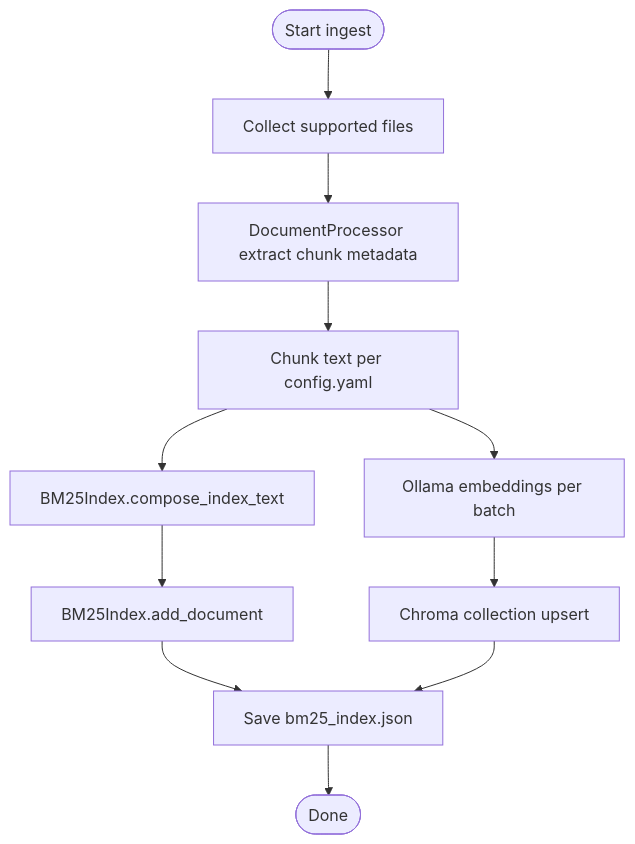
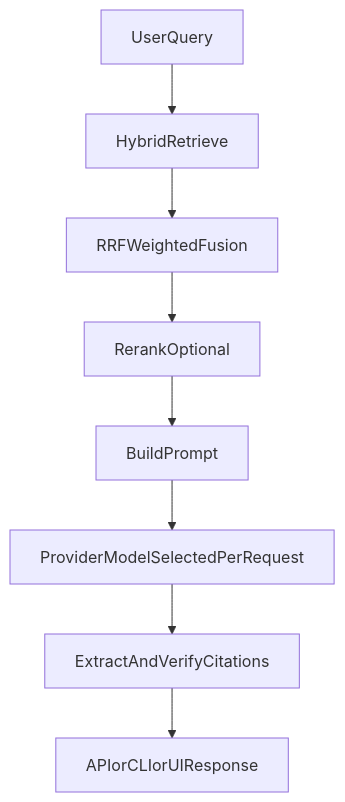
The third of 3 diagrams in README.md (vampokala/doc-ingestion), drawn with Mermaid before and after one commit. The commit also changed other lines of this file and 32 other files, not shown here.

First line of the commit message:
feat: add API orchestration and citation-aware RAG flow

````diff
--- a/README.md
+++ b/README.md
@@ -176,23 +65,10 @@
 ```mermaid
 flowchart TD
-  START([Start ingest])
-  FILES[Collect supported files]
-  PROC[DocumentProcessor extract chunk metadata]
-  CHUNKS[Chunk text per config.yaml]
-  IDXTXT[BM25Index.compose_index_text]
-  BM25ADD[BM25Index.add_document]
-  EMB[Ollama embeddings per batch]
-  UPSERT[Chroma collection upsert]
-  SAVE[Save bm25_index.json]
-  END([Done])
-  START --> FILES
-  FILES --> PROC
-  PROC --> CHUNKS
-  CHUNKS --> IDXTXT
-  IDXTXT --> BM25ADD
-  CHUNKS --> EMB
-  EMB --> UPSERT
-  BM25ADD --> SAVE
-  UPSERT --> SAVE
-  SAVE --> END
+  q[UserQuery] --> retrieve[HybridRetrieve]
+  retrieve --> fuse[RRFWeightedFusion]
+  fuse --> rerank[RerankOptional]
+  rerank --> prompt[BuildPrompt]
+  prompt --> llm[ProviderModelSelectedPerRequest]
+  llm --> cite[ExtractAndVerifyCitations]
+  cite --> response[APIorCLIorUIResponse]
 ```
````
